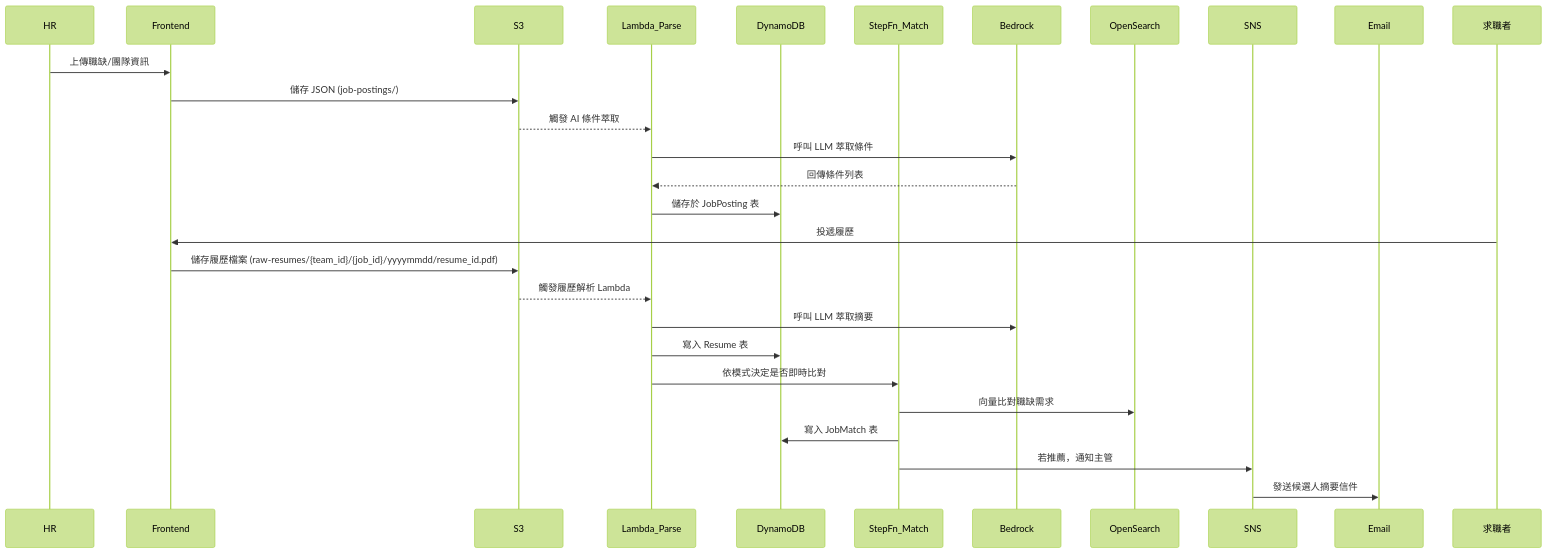
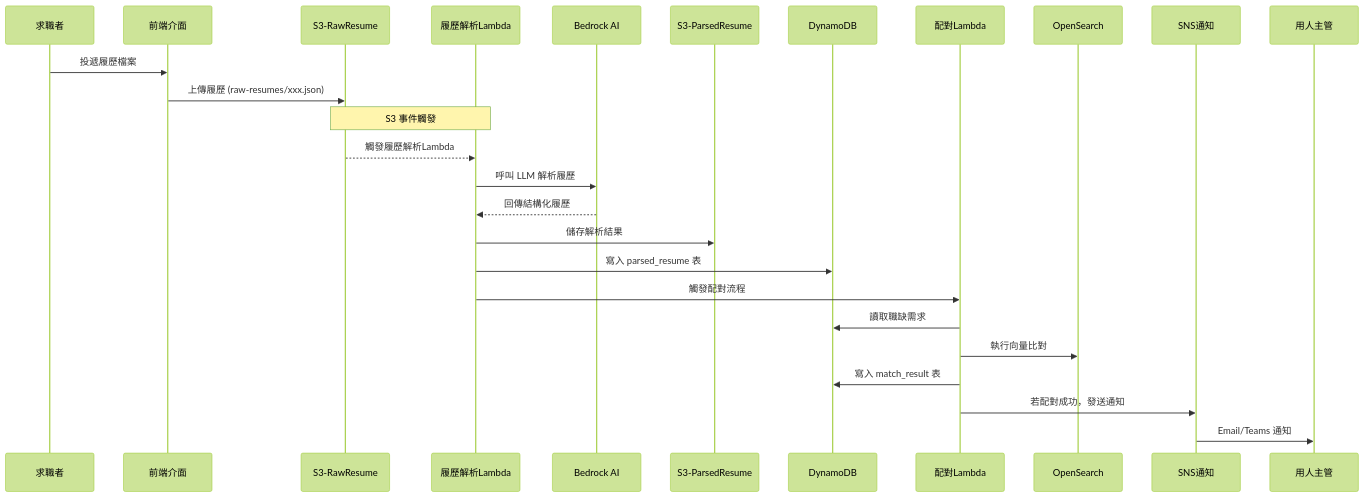
The third of 4 diagrams in dataflow.md (hsiehbocheng/hAIre-ai-recruiter-assistent), drawn with Mermaid (forest theme) before and after one commit. The commit also changed other lines of this file and 1 other file, not shown here.

Commit message:
modify dataflow & data schema

````diff
--- a/dataflow.md
+++ b/dataflow.md
@@ -5,32 +68,31 @@
 ```mermaid
 sequenceDiagram
-    participant HR
-    participant Frontend
-    participant S3
-    participant Lambda_Parse
-    participant DynamoDB
-    participant StepFn_Match
-    participant Bedrock
-    participant OpenSearch
-    participant SNS
-    participant Email
+    participant Candidate as 求職者
+    participant Frontend as 前端介面
+    participant S3Raw as S3-RawResume
+    participant ParseLambda as 履歷解析Lambda
+    participant Bedrock as Bedrock AI
+    participant S3Parsed as S3-ParsedResume
+    participant DynamoDB as DynamoDB
+    participant MatchLambda as 配對Lambda
+    participant OpenSearch as OpenSearch
+    participant SNS as SNS通知
+    participant Manager as 用人主管
 
-    HR->>Frontend: 上傳職缺/團隊資訊
-    Frontend->>S3: 儲存 JSON (job-postings/)
-    S3-->>Lambda_Parse: 觸發 AI 條件萃取
-    Lambda_Parse->>Bedrock: 呼叫 LLM 萃取條件
-    Bedrock-->>Lambda_Parse: 回傳條件列表
-    Lambda_Parse->>DynamoDB: 儲存於 JobPosting 表
-
-    求職者->>Frontend: 投遞履歷
-    Frontend->>S3: 儲存履歷檔案 (raw-resumes/{team_id}/{job_id}/yyyymmdd/resume_id.pdf)
-    S3-->>Lambda_Parse: 觸發履歷解析 Lambda
-    Lambda_Parse->>Bedrock: 呼叫 LLM 萃取摘要
-    Lambda_Parse->>DynamoDB: 寫入 Resume 表
-
-    Lambda_Parse->>StepFn_Match: 依模式決定是否即時比對
-    StepFn_Match->>OpenSearch: 向量比對職缺需求
-    StepFn_Match->>DynamoDB: 寫入 JobMatch 表
-    StepFn_Match->>SNS: 若推薦，通知主管
-    SNS->>Email: 發送候選人摘要信件
+    Candidate->>Frontend: 投遞履歷檔案
+    Frontend->>S3Raw: 上傳履歷 (raw-resumes/xxx.json)
+    
+    Note over S3Raw,ParseLambda: S3 事件觸發
+    S3Raw-->>ParseLambda: 觸發履歷解析Lambda
+    ParseLambda->>Bedrock: 呼叫 LLM 解析履歷
+    Bedrock-->>ParseLambda: 回傳結構化履歷
+    ParseLambda->>S3Parsed: 儲存解析結果
+    ParseLambda->>DynamoDB: 寫入 parsed_resume 表
+    
+    ParseLambda->>MatchLambda: 觸發配對流程
+    MatchLambda->>DynamoDB: 讀取職缺需求
+    MatchLambda->>OpenSearch: 執行向量比對
+    MatchLambda->>DynamoDB: 寫入 match_result 表
+    MatchLambda->>SNS: 若配對成功，發送通知
+    SNS->>Manager: Email/Teams 通知
 ```
````
